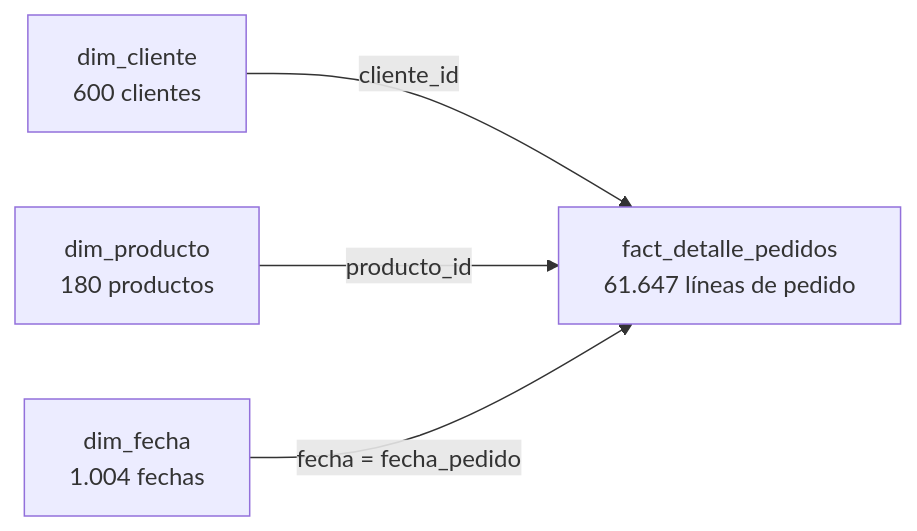
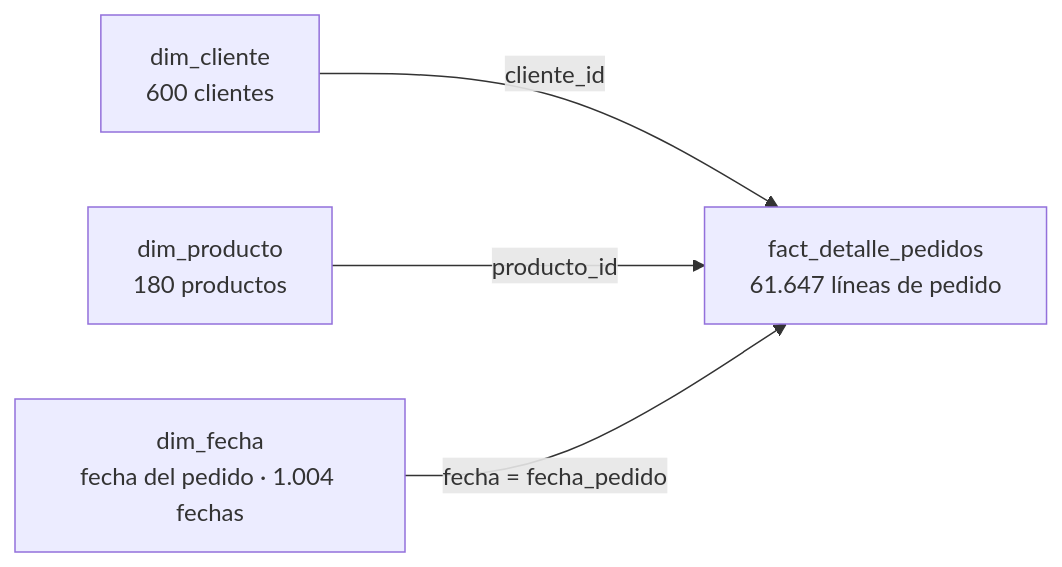
One commit to bastianseura/cordillera-commercial-intelligence changed the diagram in README.md. Above: the diagram before and after it, drawn with Mermaid. The commit also changed other lines of this file, not shown here.

````diff
--- a/README.md
+++ b/README.md
@@ -19,6 +19,6 @@
 ```mermaid
 flowchart LR
     C["dim_cliente<br/>600 clientes"] -->|cliente_id| F["fact_detalle_pedidos<br/>61.647 líneas de pedido"]
     P["dim_producto<br/>180 productos"] -->|producto_id| F
-    D["dim_fecha<br/>1.004 fechas"] -->|fecha = fecha_pedido| F
+    D["dim_fecha<br/>fecha del pedido · 1.004 fechas"] -->|fecha = fecha_pedido| F
 ```
````
